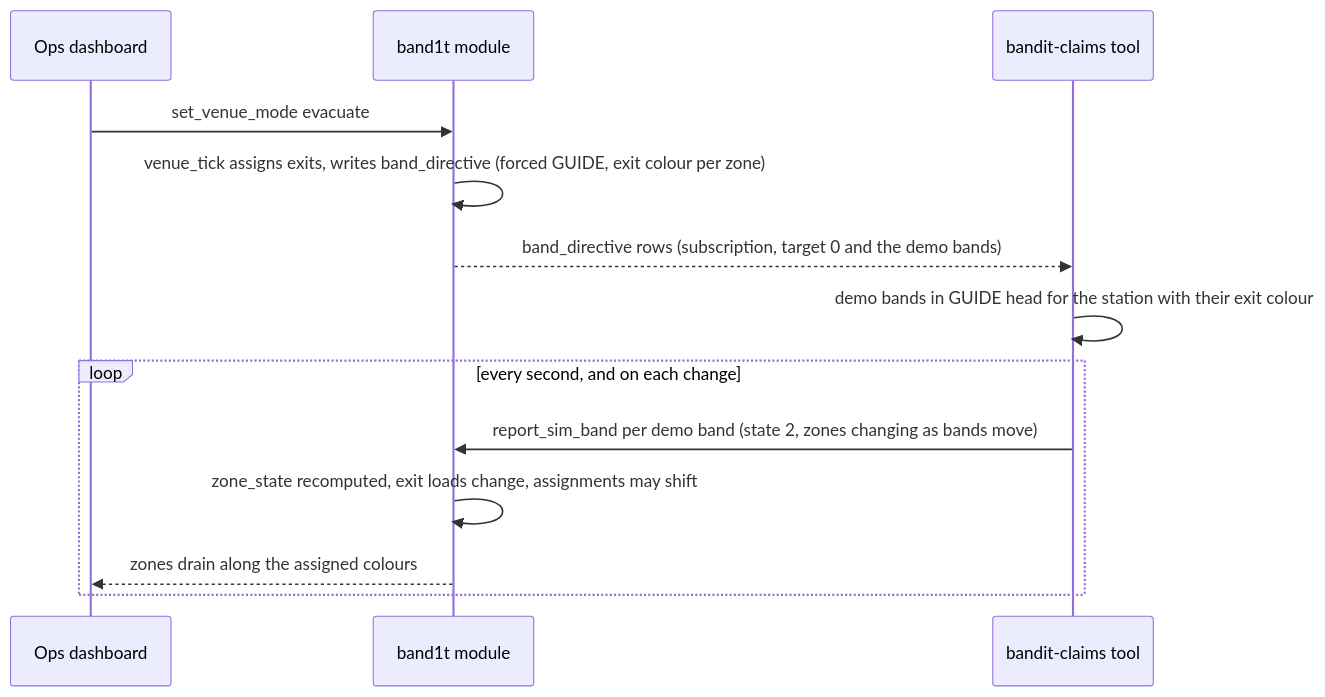
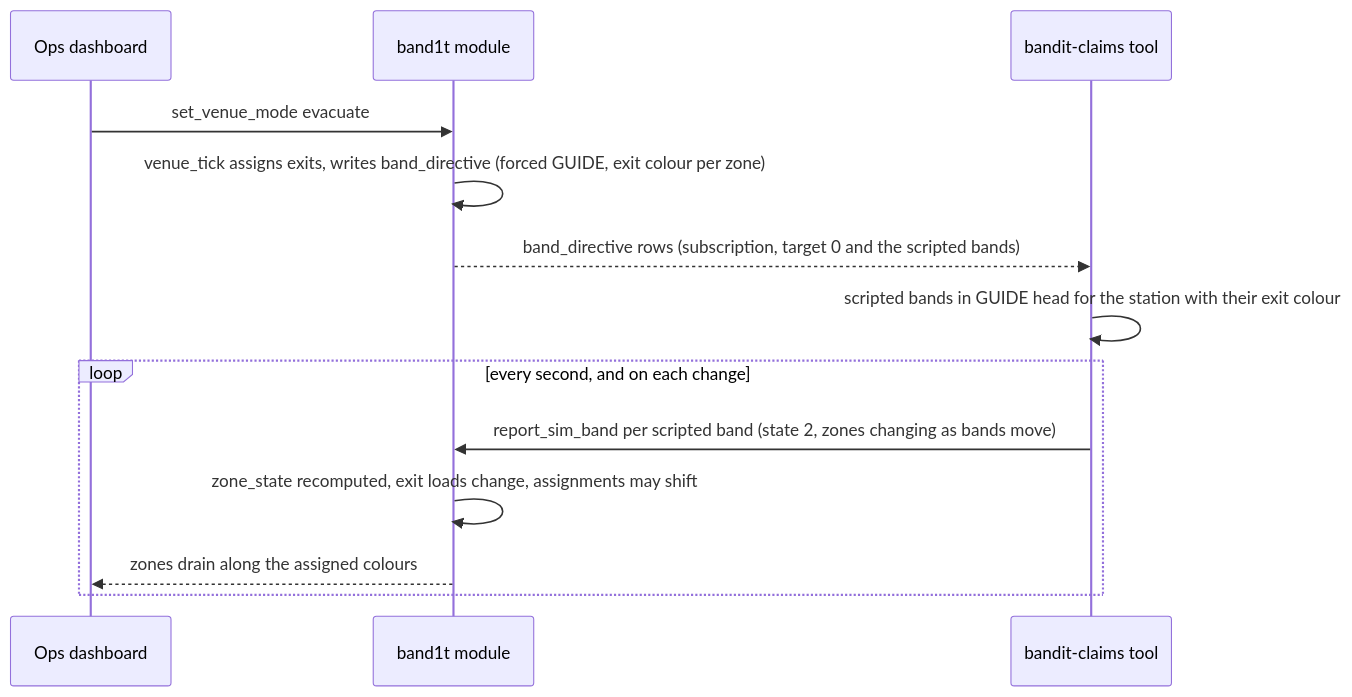
Before and after one commit to viktorinkov/cal-hacks-13: the second of 2 diagrams in System Design/3-services/Simulator.md, drawn with Mermaid. The commit also changed other lines of this file and 22 other files, not shown here.

````diff
--- a/System Design/3-services/Simulator.md
+++ b/System Design/3-services/Simulator.md
@@ -108,15 +108,15 @@
 ```mermaid
 sequenceDiagram
     participant O as Ops dashboard
     participant M as band1t module
     participant S as bandit-claims tool
     O->>M: set_venue_mode evacuate
     M->>M: venue_tick assigns exits, writes band_directive (forced GUIDE, exit colour per zone)
-    M-->>S: band_directive rows (subscription, target 0 and the demo bands)
-    S->>S: demo bands in GUIDE head for the station with their exit colour
+    M-->>S: band_directive rows (subscription, target 0 and the scripted bands)
+    S->>S: scripted bands in GUIDE head for the station with their exit colour
     loop every second, and on each change
-        S->>M: report_sim_band per demo band (state 2, zones changing as bands move)
+        S->>M: report_sim_band per scripted band (state 2, zones changing as bands move)
         M->>M: zone_state recomputed, exit loads change, assignments may shift
         M-->>O: zones drain along the assigned colours
     end
 ```
````
